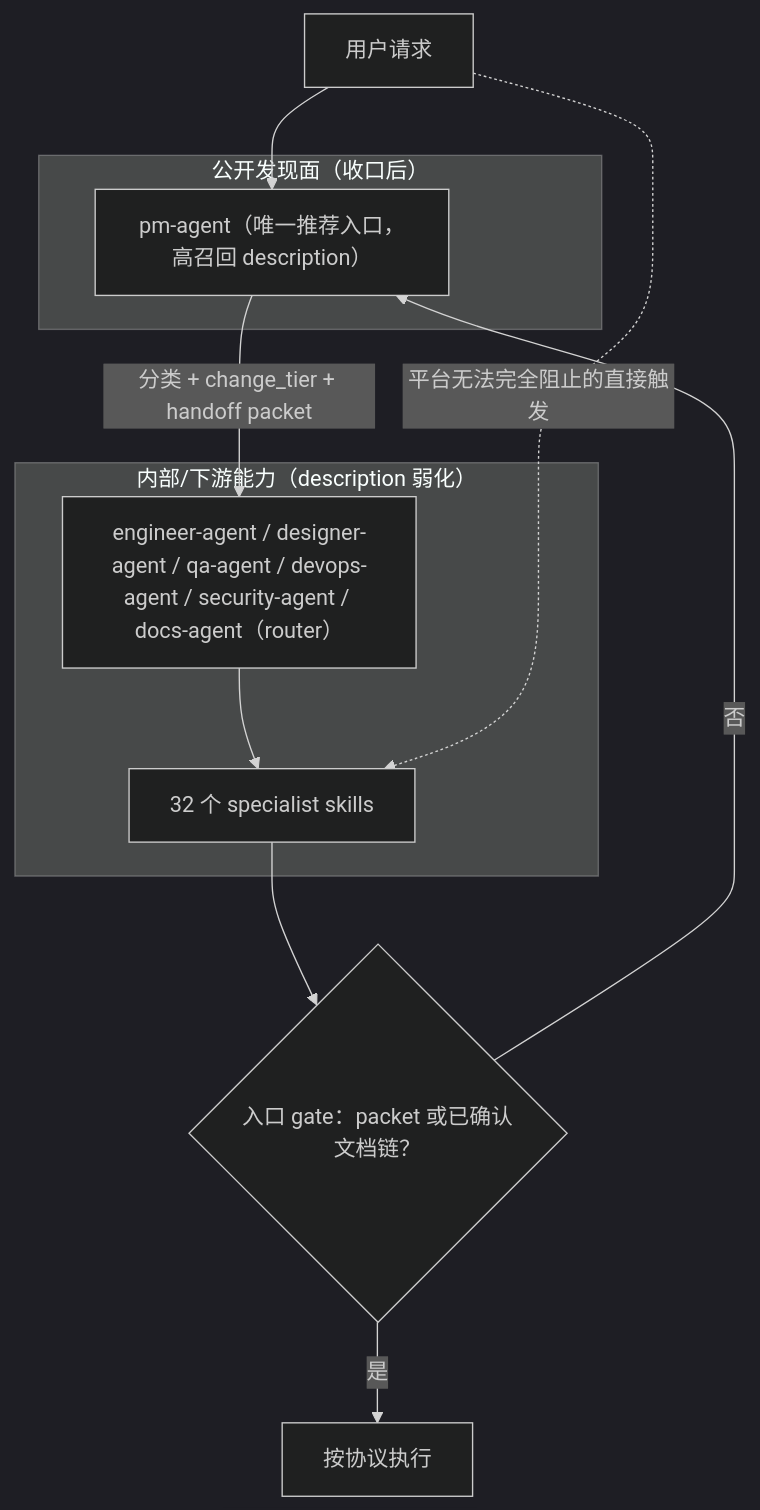
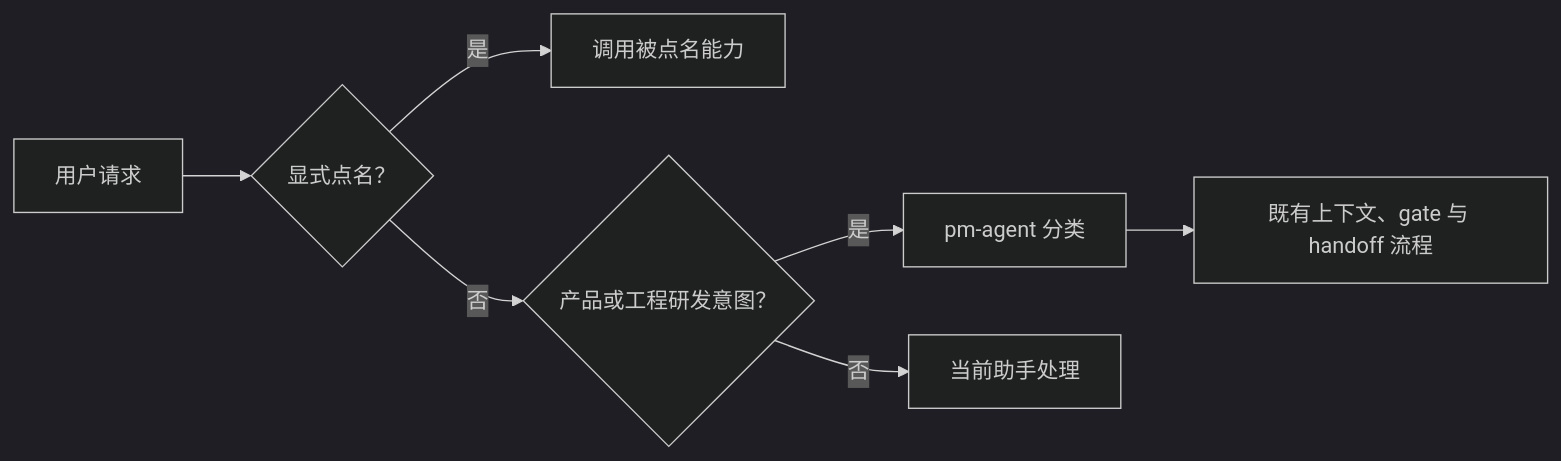
One commit to Neplich/dev-agent-skills changed the diagram in docs/engineer/repository-governance/pm-single-entry/TRD.md. Above: the diagram before and after it, drawn with Mermaid (dark theme). The commit also changed other lines of this file and 80 other files, not shown here.

First line of the commit message:
feat(agent-router): 按研发意图触发并收敛路由输出

````diff
--- a/docs/engineer/repository-governance/pm-single-entry/TRD.md
+++ b/docs/engineer/repository-governance/pm-single-entry/TRD.md
@@ -59,17 +47,9 @@
 ```mermaid
-flowchart TD
-    subgraph Public["公开发现面（收口后）"]
-        PM["pm-agent（唯一推荐入口，高召回 description）"]
-    end
-    subgraph Internal["内部/下游能力（description 弱化）"]
-        R1["engineer-agent / designer-agent / qa-agent / devops-agent / security-agent / docs-agent（router）"]
-        S1["32 个 specialist skills"]
-    end
-    U["用户请求"] --> PM
-    PM -->|"分类 + change_tier + handoff packet"| R1
-    R1 --> S1
-    U -.->|"平台无法完全阻止的直接触发"| S1
-    S1 --> G{"入口 gate：packet 或已确认文档链？"}
-    G -->|"否"| PM
-    G -->|"是"| X["按协议执行"]
+flowchart LR
+    U["用户请求"] --> X{"显式点名？"}
+    X -->|"是"| N["调用被点名能力"]
+    X -->|"否"| D{"产品或工程研发意图？"}
+    D -->|"是"| P["pm-agent 分类"]
+    D -->|"否"| H["当前助手处理"]
+    P --> G["既有上下文、gate 与 handoff 流程"]
 ```
````
